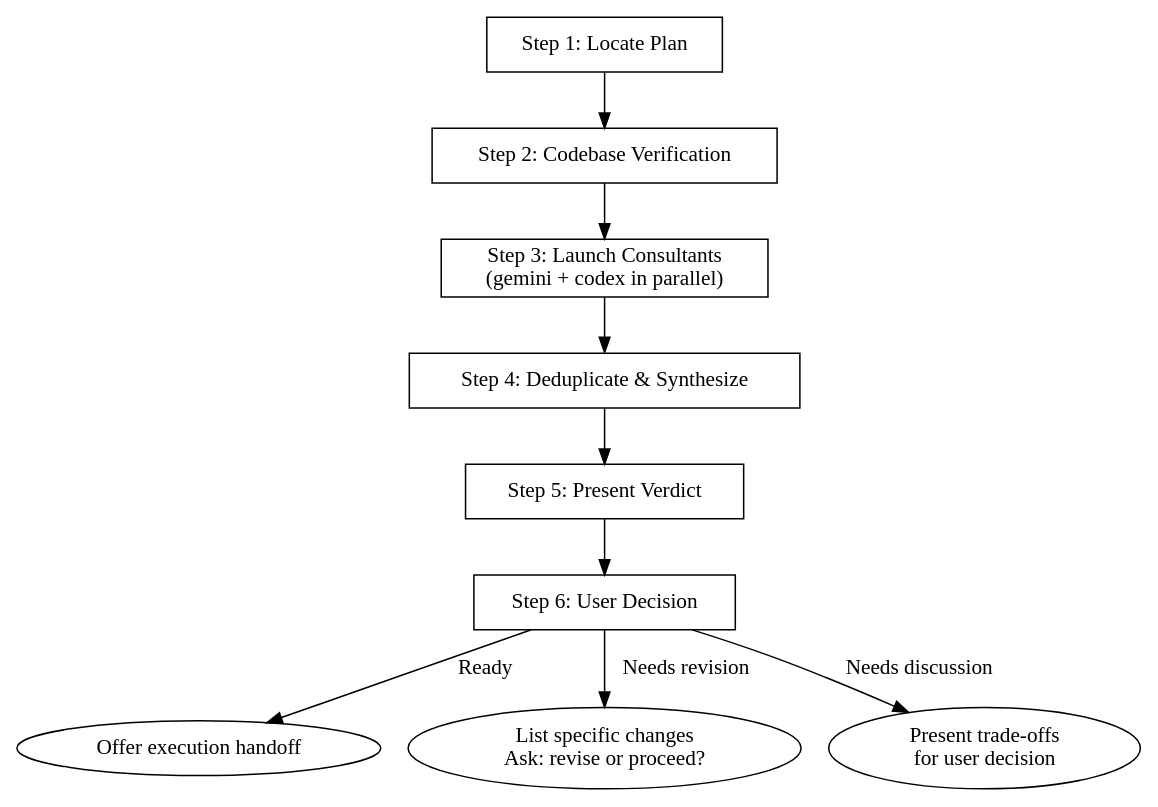
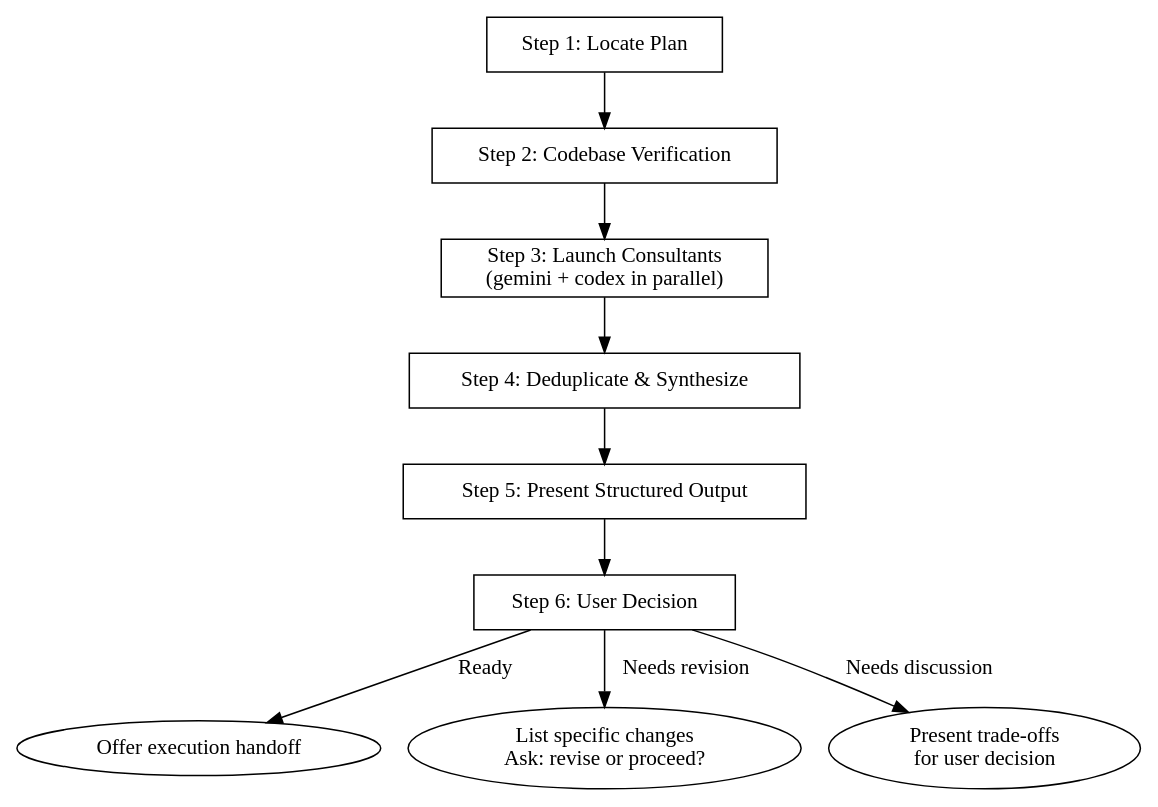
The diagram in plugins/council/skills/review-plan/SKILL.md (rube-de/cc-skills), drawn with Graphviz before and after one commit. The commit also changed other lines of this file, not shown here.

````diff
--- a/plugins/council/skills/review-plan/SKILL.md
+++ b/plugins/council/skills/review-plan/SKILL.md
@@ -18,23 +18,23 @@
 ```dot
 digraph review_plan {
   rankdir=TB;
   node [shape=box];
 
   locate [label="Step 1: Locate Plan"];
   verify [label="Step 2: Codebase Verification"];
   launch [label="Step 3: Launch Consultants\n(gemini + codex in parallel)"];
   synthesize [label="Step 4: Deduplicate & Synthesize"];
-  present [label="Step 5: Present Verdict"];
+  present [label="Step 5: Present Structured Output"];
   decide [label="Step 6: User Decision"];
 
   locate -> verify -> launch -> synthesize -> present -> decide;
 
   decide -> execute [label="Ready"];
   decide -> revise [label="Needs revision"];
   decide -> discuss [label="Needs discussion"];
 
   execute [label="Offer execution handoff" shape=ellipse];
   revise [label="List specific changes\nAsk: revise or proceed?" shape=ellipse];
   discuss [label="Present trade-offs\nfor user decision" shape=ellipse];
 }
 ```
````
